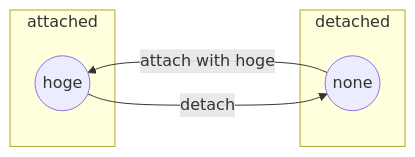
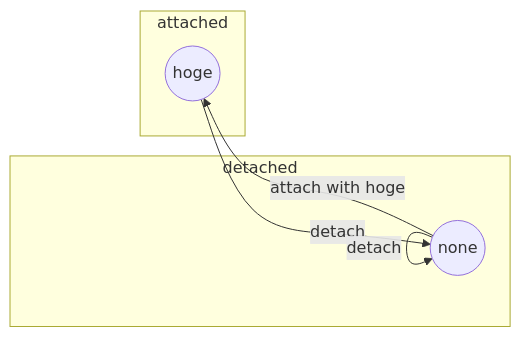
One commit to mymactive/hands-on-tdd-with-react-typescript changed the diagram in src/hooks/useBadge/design.md. Above: the diagram before and after it, drawn with Mermaid.

Commit message:
doc: 状態遷移図に、外れているから外れているを追加

````diff
--- a/src/hooks/useBadge/design.md
+++ b/src/hooks/useBadge/design.md
@@ -18,11 +18,13 @@
 ```mermaid
 flowchart RL
 d((none)) -- attach with hoge--> a((hoge))
 a((hoge)) -- detach --> d((none))
+d((none)) -- detach --> d((none))
+
   subgraph detached
     d((none))
   end
   subgraph attached
     a((hoge))
   end
 ```
````
